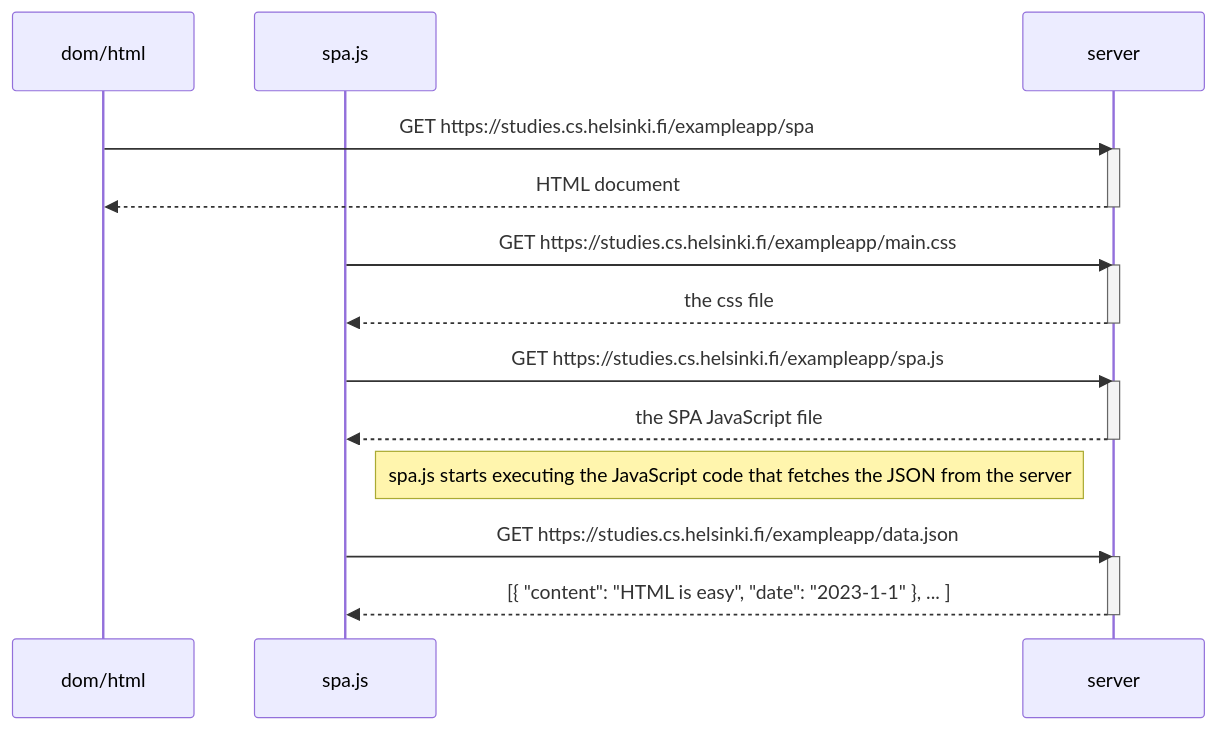
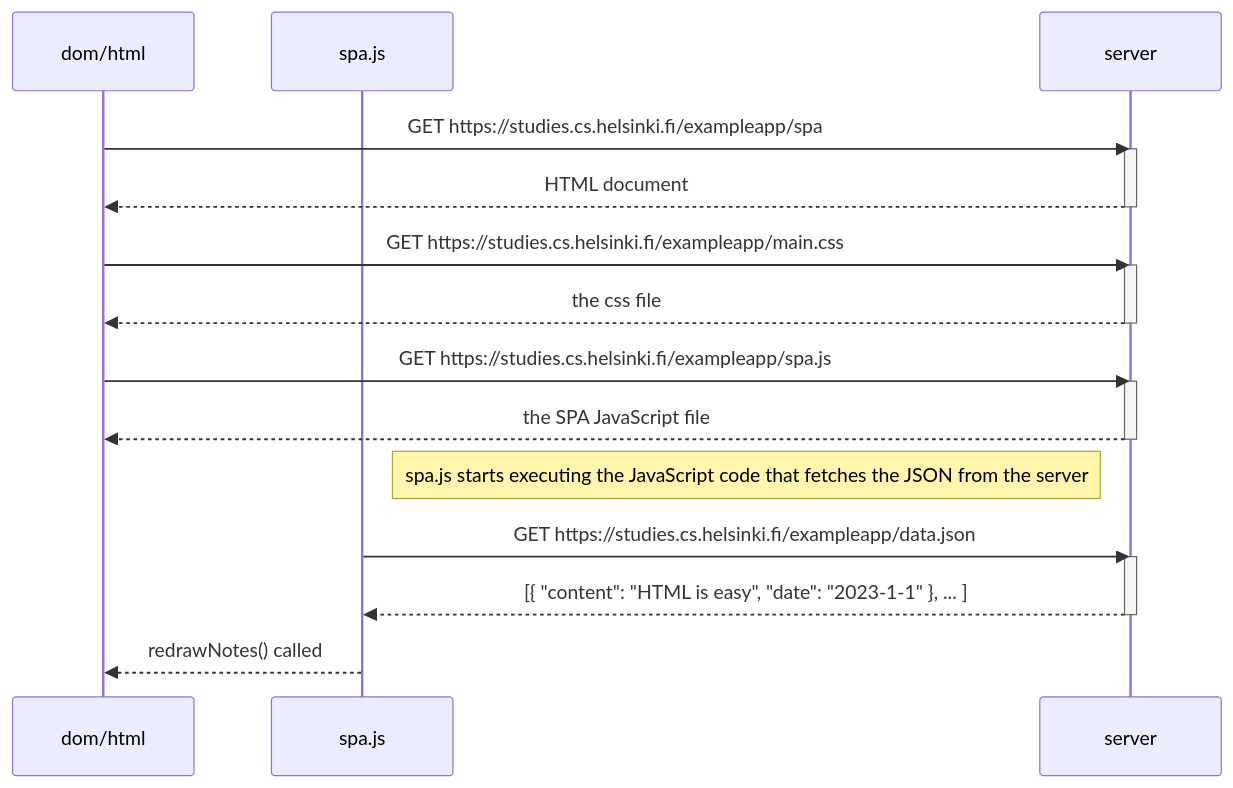
The diagram in part0/0.5: Single page app diagram.md (Hargbratch/fullstackopen), drawn with Mermaid before and after one commit.

Commit message:
Update 0.5: Single page app diagram.md

````diff
--- a/part0/0.5: Single page app diagram.md
+++ b/part0/0.5: Single page app diagram.md
@@ -1,28 +1,31 @@
 ```mermaid
 sequenceDiagram
     participant dom as dom/html
     participant spa as spa.js
     participant server
 
     dom ->> server: GET https://studies.cs.helsinki.fi/exampleapp/spa
     activate server
     server -->> dom: HTML document
     deactivate server
 
-    spa ->> server: GET https://studies.cs.helsinki.fi/exampleapp/main.css
+    dom ->> server: GET https://studies.cs.helsinki.fi/exampleapp/main.css
     activate server 
-    server -->> spa: the css file
+    server -->> dom: the css file
     deactivate server
 
-    spa->>server: GET https://studies.cs.helsinki.fi/exampleapp/spa.js
+    dom->>server: GET https://studies.cs.helsinki.fi/exampleapp/spa.js
     activate server
-    server-->>spa: the SPA JavaScript file
+    server-->>dom: the SPA JavaScript file
     deactivate server
 
     Note right of spa: spa.js starts executing the JavaScript code that fetches the JSON from the server
 
     spa->>server: GET https://studies.cs.helsinki.fi/exampleapp/data.json
     activate server
     server-->>spa: [{ "content": "HTML is easy", "date": "2023-1-1" }, ... ]
     deactivate server
+
+    spa -->> dom: redrawNotes() called
+
 ```
````
